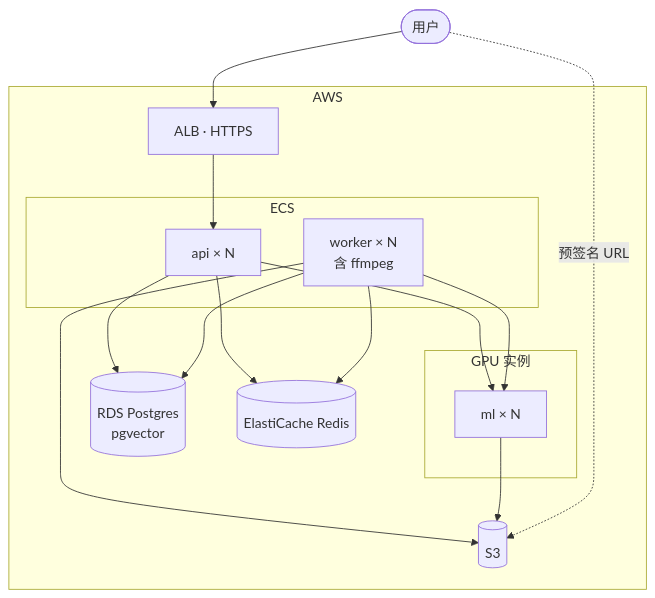
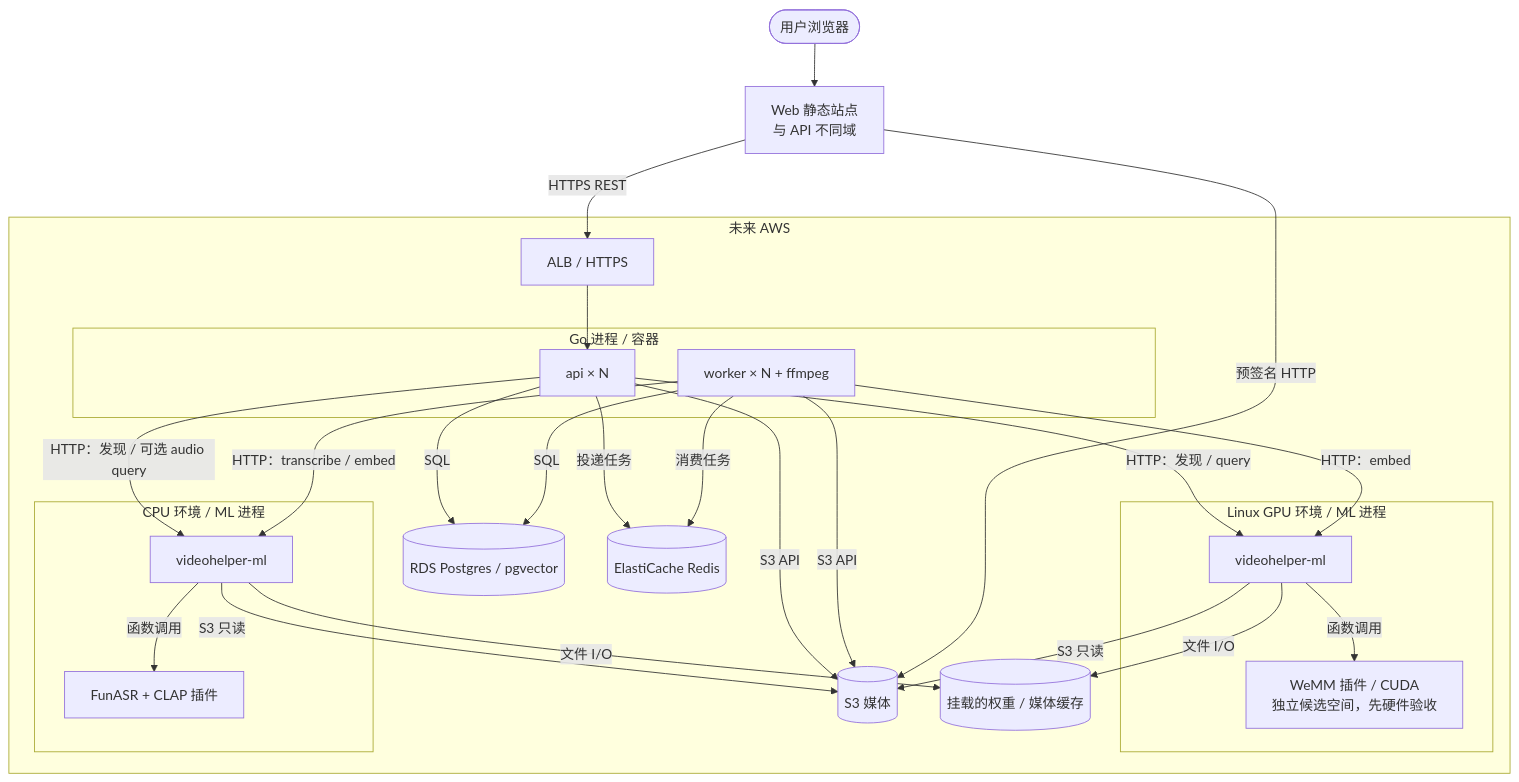
Diagram 18 of 19 in docs/design.md (realOzine/videohelper), drawn with Mermaid before and after one commit. The commit also changed other lines of this file, not shown here.

Commit message:
docs: align design diagrams with model plugins

````diff
--- a/docs/design.md
+++ b/docs/design.md
@@ -763,28 +833,40 @@
 ```mermaid
 flowchart TB
-  U(["用户"])
-  subgraph AWS["AWS"]
-    ALB["ALB · HTTPS"]
-    subgraph ECS["ECS"]
+  U(["用户浏览器"])
+  WEB["Web 静态站点<br/>与 API 不同域"]
+  subgraph AWS["未来 AWS"]
+    ALB["ALB / HTTPS"]
+    subgraph ECS["Go 进程 / 容器"]
       API2["api × N"]
-      WK2["worker × N<br/>含 ffmpeg"]
+      WK2["worker × N + ffmpeg"]
     end
-    subgraph GPU["GPU 实例"]
-      ML2["ml × N"]
+    subgraph GPU["Linux GPU 环境 / ML 进程"]
+      GM["videohelper-ml"] -->|"函数调用"| GW["WeMM 插件 / CUDA<br/>独立候选空间，先硬件验收"]
     end
-    PGS[("RDS Postgres<br/>pgvector")]
+    subgraph CPU["CPU 环境 / ML 进程"]
+      CM["videohelper-ml"] -->|"函数调用"| SW["FunASR + CLAP 插件"]
+    end
+    PGS[("RDS Postgres / pgvector")]
     EC[("ElastiCache Redis")]
-    S32[("S3")]
+    S32[("S3 媒体")]
+    CACHE[("挂载的权重 / 媒体缓存")]
   end
-  U --> ALB
+  U --> WEB
+  WEB -->|"HTTPS REST"| ALB
   ALB --> API2
-  API2 --> PGS
-  API2 --> EC
-  API2 --> ML2
-  WK2 --> PGS
-  WK2 --> EC
-  WK2 --> ML2
-  WK2 --> S32
-  ML2 --> S32
-  U -.->|"预签名 URL"| S32
+  API2 -->|"SQL"| PGS
+  WK2 -->|"SQL"| PGS
+  API2 -->|"投递任务"| EC
+  WK2 -->|"消费任务"| EC
+  API2 -->|"HTTP：发现 / query"| GM
+  API2 -->|"HTTP：发现 / 可选 audio query"| CM
+  WK2 -->|"HTTP：embed"| GM
+  WK2 -->|"HTTP：transcribe / embed"| CM
+  API2 -->|"S3 API"| S32
+  WK2 -->|"S3 API"| S32
+  GM -->|"S3 只读"| S32
+  CM -->|"S3 只读"| S32
+  GM -->|"文件 I/O"| CACHE
+  CM -->|"文件 I/O"| CACHE
+  WEB -->|"预签名 HTTP"| S32
 ```
````
